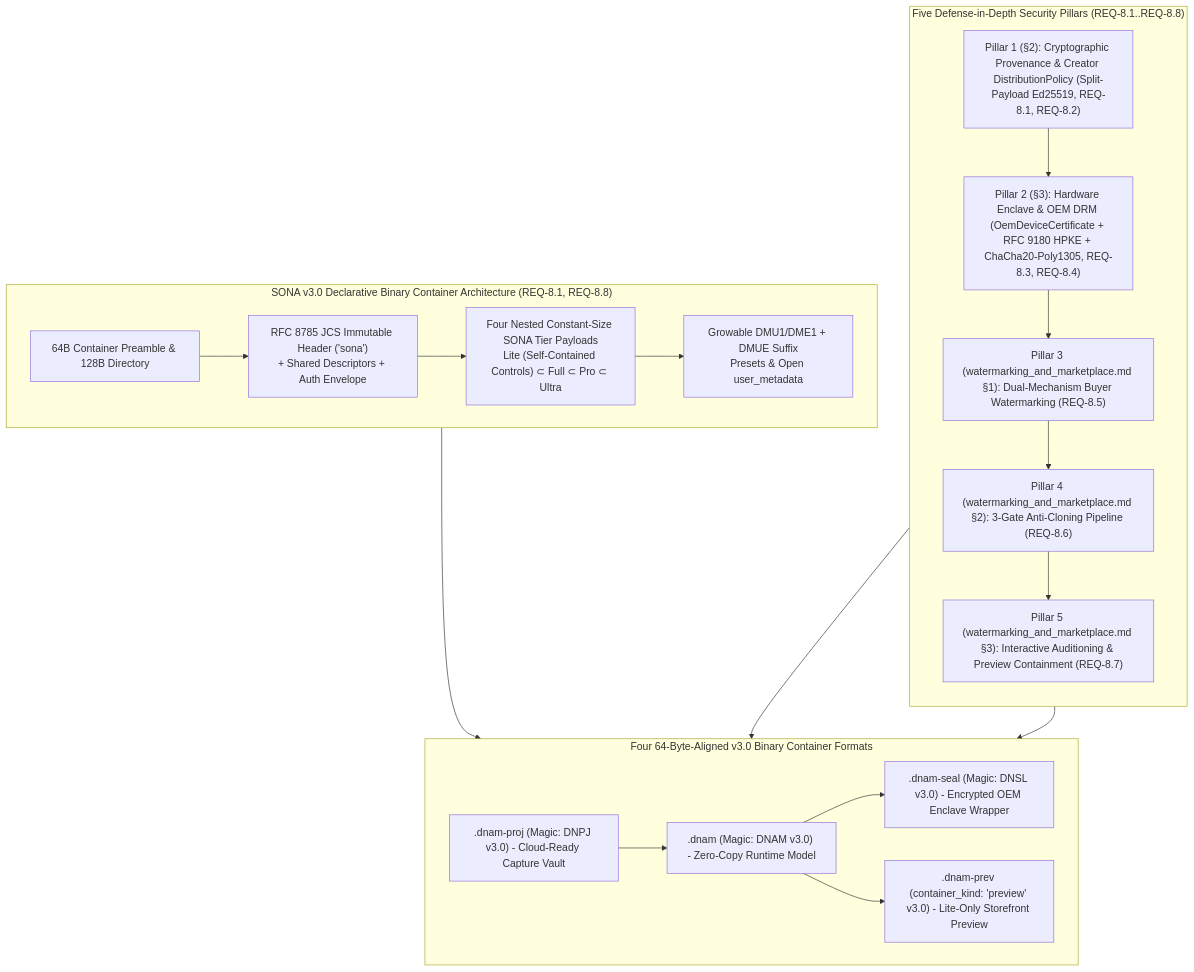
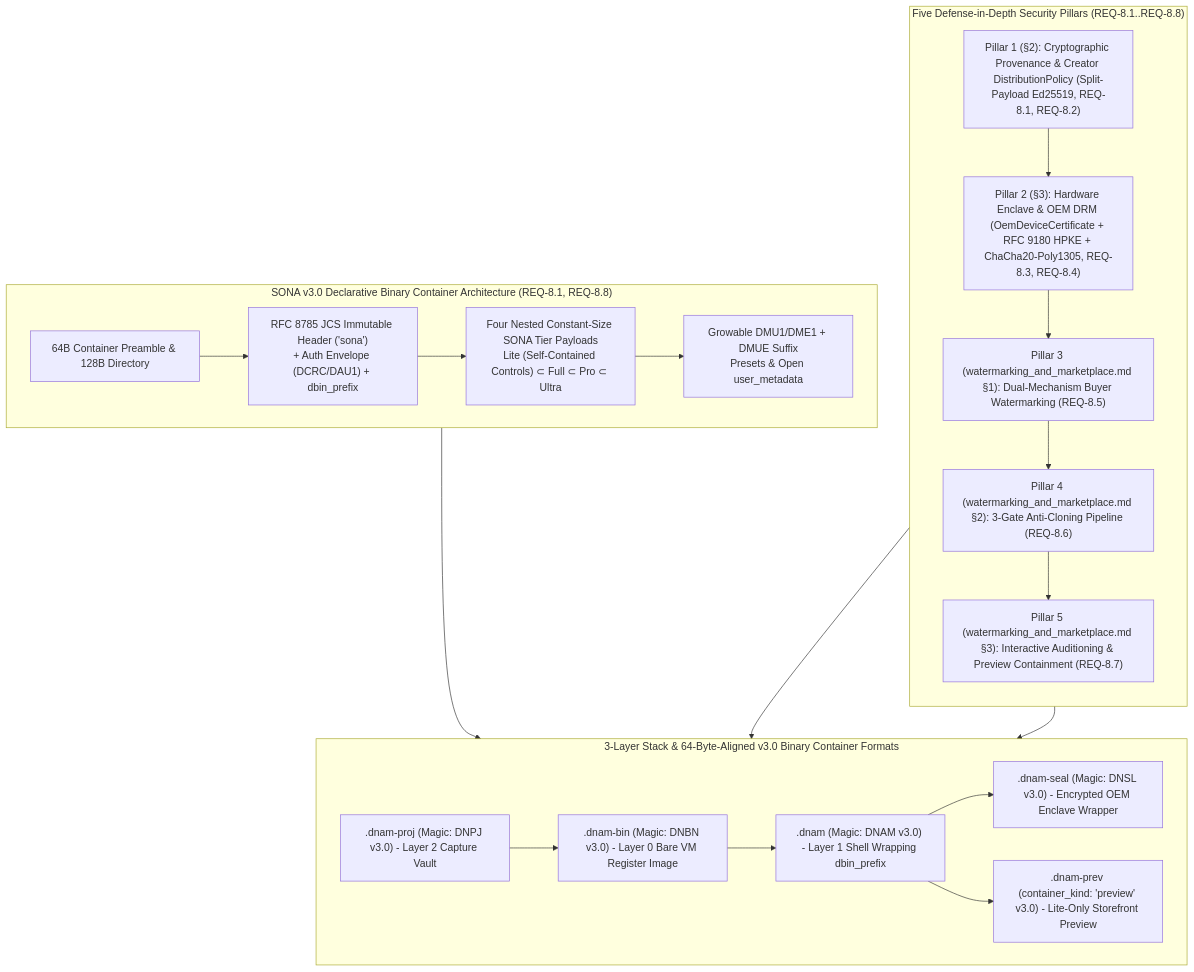
The first of 2 diagrams in docs/specs/security/provenance_and_enclave_drm.md (mokugen/dnam), drawn with Mermaid before and after one commit. The commit also changed other lines of this file and 34 other files, not shown here.

Commit message:
docs(sona): lock 5-crate diamond, .dnam-bin VM format & clean-room M5 specs

````diff
--- a/docs/specs/security/provenance_and_enclave_drm.md
+++ b/docs/specs/security/provenance_and_enclave_drm.md
@@ -38,32 +40,33 @@
 ```mermaid
 flowchart TB
     subgraph Container ["SONA v3.0 Declarative Binary Container Architecture (REQ-8.1, REQ-8.8)"]
         direction LR
-        Preamble["64B Container Preamble & 128B Directory"] --> Header["RFC 8785 JCS Immutable Header ('sona')<br/>+ Shared Descriptors + Auth Envelope"]
+        Preamble["64B Container Preamble & 128B Directory"] --> Header["RFC 8785 JCS Immutable Header ('sona')<br/>+ Auth Envelope (DCRC/DAU1) + dbin_prefix"]
         Header --> Arenas["Four Nested Constant-Size SONA Tier Payloads<br/>Lite (Self-Contained Controls) ⊂ Full ⊂ Pro ⊂ Ultra"]
         Arenas --> Mutable["Growable DMU1/DME1 + DMUE Suffix<br/>Presets & Open user_metadata"]
     end
 
-    subgraph Formats ["Four 64-Byte-Aligned v3.0 Binary Container Formats"]
+    subgraph Formats ["3-Layer Stack & 64-Byte-Aligned v3.0 Binary Container Formats"]
         direction LR
-        F_PROJ[".dnam-proj (Magic: DNPJ v3.0) - Cloud-Ready Capture Vault"]
-        F_DNAM[".dnam (Magic: DNAM v3.0) - Zero-Copy Runtime Model"]
+        F_PROJ[".dnam-proj (Magic: DNPJ v3.0) - Layer 2 Capture Vault"]
+        F_BIN[".dnam-bin (Magic: DNBN v3.0) - Layer 0 Bare VM Register Image"]
+        F_DNAM[".dnam (Magic: DNAM v3.0) - Layer 1 Shell Wrapping dbin_prefix"]
         F_SEAL[".dnam-seal (Magic: DNSL v3.0) - Encrypted OEM Enclave Wrapper"]
         F_PREV[".dnam-prev (container_kind: 'preview' v3.0) - Lite-Only Storefront Preview"]
-        F_PROJ --> F_DNAM --> F_SEAL
+        F_PROJ --> F_BIN --> F_DNAM --> F_SEAL
         F_DNAM --> F_PREV
     end
 
     subgraph Pillars ["Five Defense-in-Depth Security Pillars (REQ-8.1..REQ-8.8)"]
         direction TB
         P1["Pillar 1 (§2): Cryptographic Provenance & Creator DistributionPolicy (Split-Payload Ed25519, REQ-8.1, REQ-8.2)"]
         P2["Pillar 2 (§3): Hardware Enclave & OEM DRM (OemDeviceCertificate + RFC 9180 HPKE + ChaCha20-Poly1305, REQ-8.3, REQ-8.4)"]
         P3["Pillar 3 (watermarking_and_marketplace.md §1): Dual-Mechanism Buyer Watermarking (REQ-8.5)"]
         P4["Pillar 4 (watermarking_and_marketplace.md §2): 3-Gate Anti-Cloning Pipeline (REQ-8.6)"]
         P5["Pillar 5 (watermarking_and_marketplace.md §3): Interactive Auditioning & Preview Containment (REQ-8.7)"]
         P1 --> P2 --> P3 --> P4 --> P5
     end
 
     Container --> Formats
     P1 & P2 --> Formats
 ```
````
